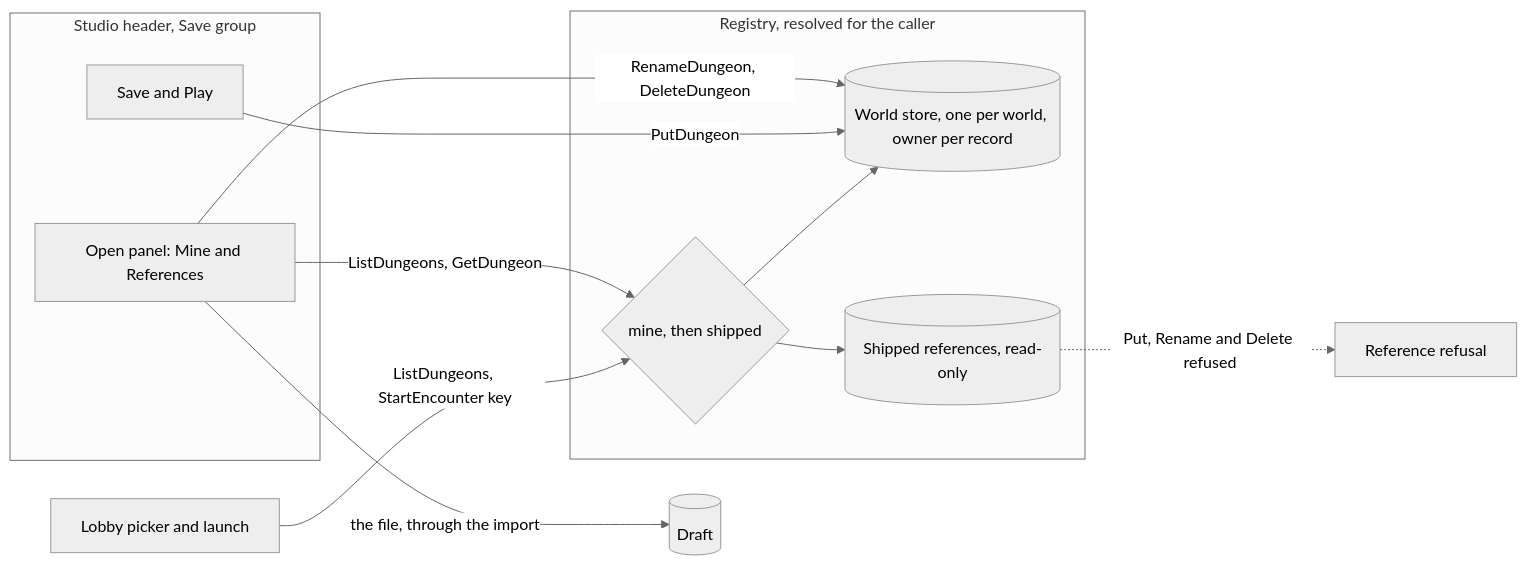
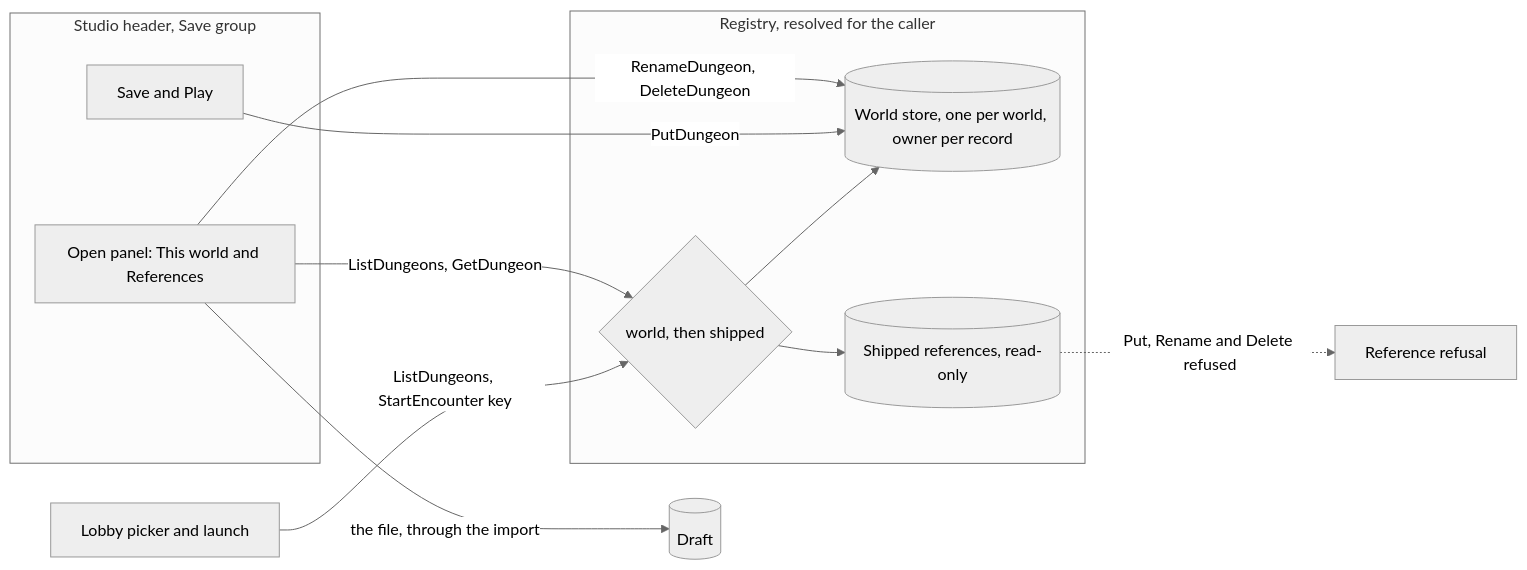
One commit to KirkDiggler/rpg-project changed the second of 3 diagrams in ideas/encounter-studio/design.md. Above: the diagram before and after it, drawn with Mermaid (neutral theme). The commit also changed other lines of this file and 1 other file, not shown here.

First line of the commit message:
design: encounter studio S7 — the world's encounters are listed (R24)

````diff
--- a/ideas/encounter-studio/design.md
+++ b/ideas/encounter-studio/design.md
@@ -63,20 +63,20 @@
 ```mermaid
 flowchart LR
     subgraph Header[Studio header, Save group]
-        Open[Open panel: Mine and References]
+        Open[Open panel: This world and References]
         SP[Save and Play]
     end
     subgraph Registry[Registry, resolved for the caller]
-        Res{mine, then shipped}
+        Res{world, then shipped}
         User[(World store, one per world, owner per record)]
         Ship[(Shipped references, read-only)]
     end
     Open -->|ListDungeons, GetDungeon| Res
     Open -->|RenameDungeon, DeleteDungeon| User
     SP -->|PutDungeon| User
     Res --> User
     Res --> Ship
     Lobby[Lobby picker and launch] -->|ListDungeons, StartEncounter key| Res
     Open -->|the file, through the import| Draft[(Draft)]
     Ship -.->|Put, Rename and Delete refused| No[Reference refusal]
 ```
````
